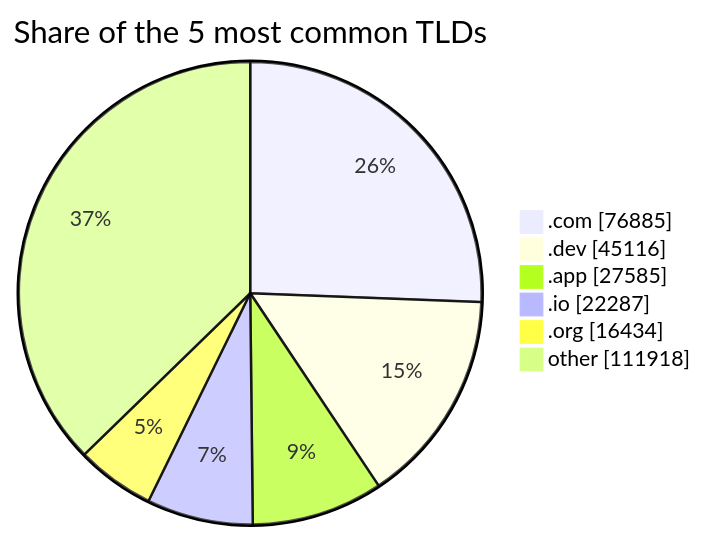
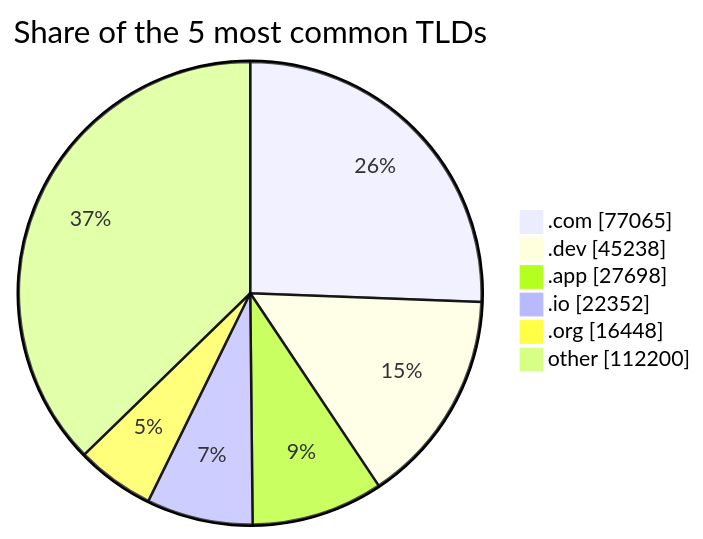
Before and after one commit to DNSBunker/CTI: the third of 3 diagrams in README.md, drawn with Mermaid. The commit also changed other lines of this file and 3 other files, not shown here.

````diff
--- a/README.md
+++ b/README.md
@@ -81,9 +81,9 @@
 ```mermaid
 pie showData title Share of the 5 most common TLDs
-    ".com" : 76885
-    ".dev" : 45116
-    ".app" : 27585
-    ".io" : 22287
-    ".org" : 16434
-    "other" : 111918
+    ".com" : 77065
+    ".dev" : 45238
+    ".app" : 27698
+    ".io" : 22352
+    ".org" : 16448
+    "other" : 112200
 ```
````
